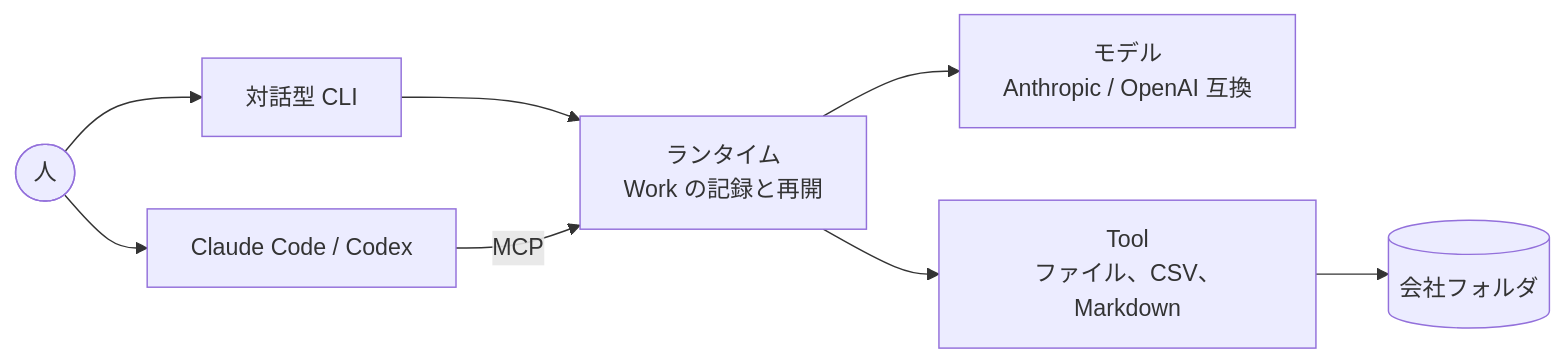
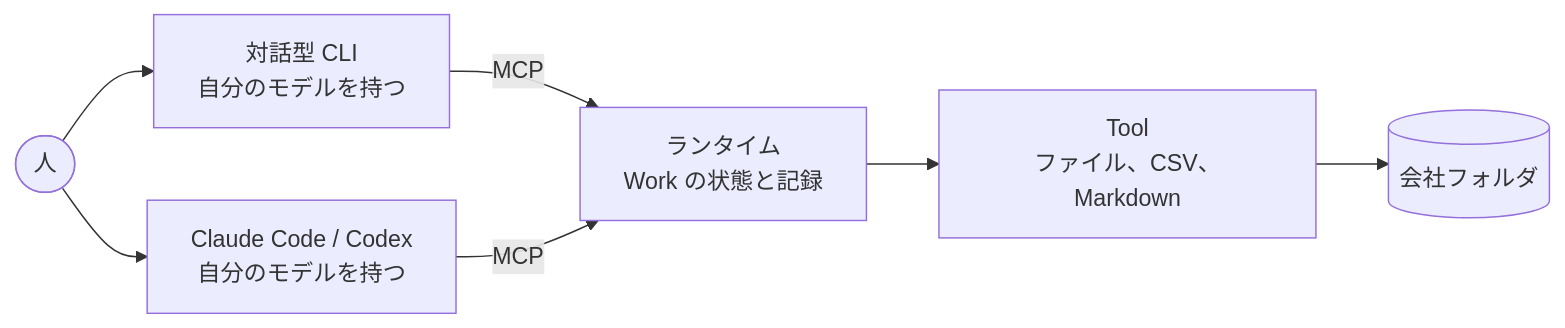
One commit to openshain/openshain changed the diagram in README.md. Above: the diagram before and after it, drawn with Mermaid. The commit also changed other lines of this file and 26 other files, not shown here.

````diff
--- a/README.md
+++ b/README.md
@@ -110,10 +110,9 @@
 ```mermaid
 flowchart LR
-  P([人]) --> CLI[対話型 CLI]
-  P --> CC[Claude Code / Codex]
-  CLI --> R[ランタイム<br>Work の記録と再開]
+  P([人]) --> CLI[対話型 CLI<br>自分のモデルを持つ]
+  P --> CC[Claude Code / Codex<br>自分のモデルを持つ]
+  CLI -- MCP --> R[ランタイム<br>Work の状態と記録]
   CC -- MCP --> R
-  R --> M[モデル<br>Anthropic / OpenAI 互換]
   R --> T[Tool<br>ファイル、CSV、Markdown]
   T --> F[(会社フォルダ)]
 ```
````
